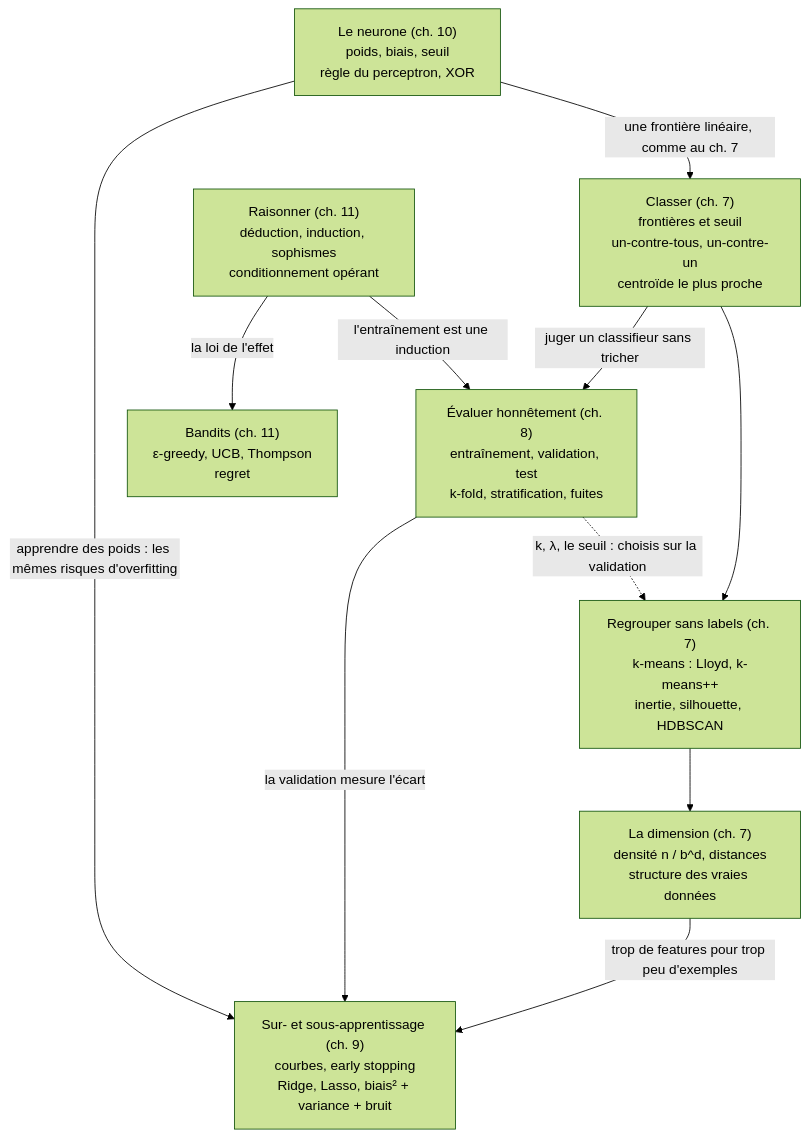
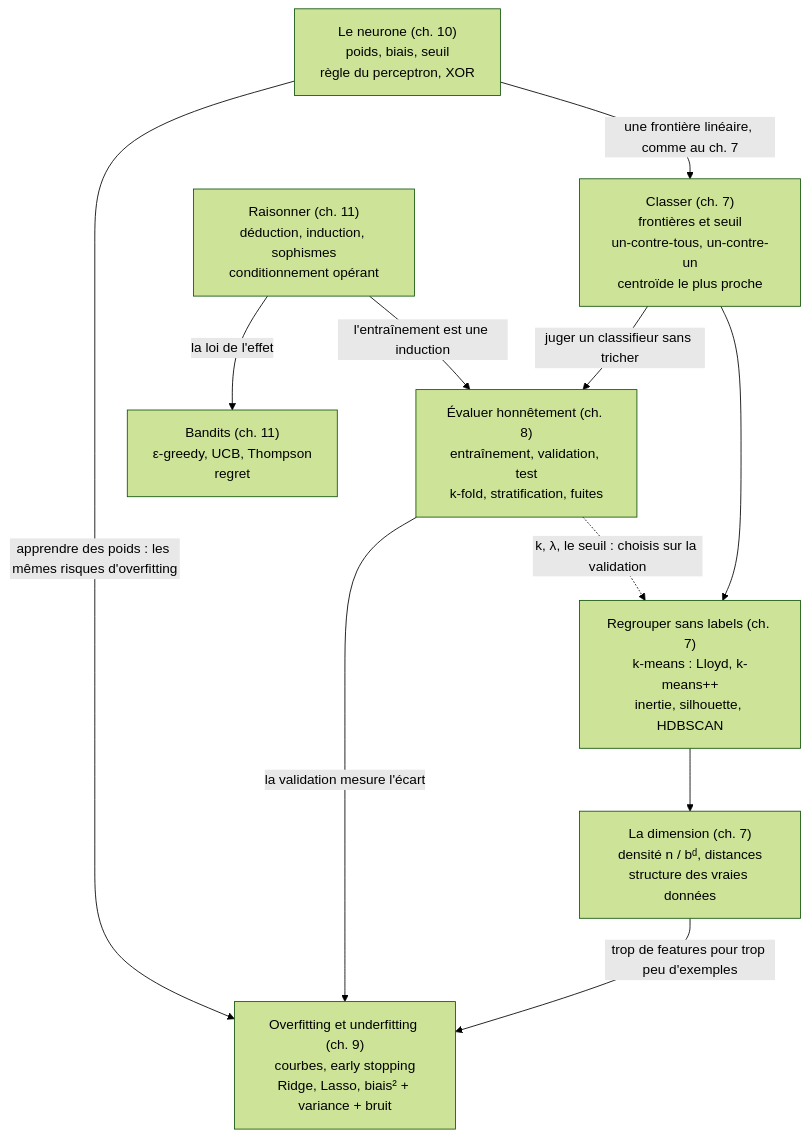
Before and after one commit to cemah2/workbookIA: the diagram in checkpoints/partie_2/05_synthese.md, drawn with Mermaid (forest theme). The commit also changed other lines of this file and 240 other files, not shown here.

````diff
--- a/checkpoints/partie_2/05_synthese.md
+++ b/checkpoints/partie_2/05_synthese.md
@@ -15,20 +15,20 @@
 ```mermaid
 flowchart TD
   C["Classer (ch. 7)<br/>frontières et seuil<br/>un-contre-tous, un-contre-un<br/>centroïde le plus proche"]
   R["Regrouper sans labels (ch. 7)<br/>k-means : Lloyd, k-means++<br/>inertie, silhouette, HDBSCAN"]
-  D["La dimension (ch. 7)<br/>densité n / b^d, distances<br/>structure des vraies données"]
+  D["La dimension (ch. 7)<br/>densité n / bᵈ, distances<br/>structure des vraies données"]
   P["Évaluer honnêtement (ch. 8)<br/>entraînement, validation, test<br/>k-fold, stratification, fuites"]
-  O["Sur- et sous-apprentissage (ch. 9)<br/>courbes, early stopping<br/>Ridge, Lasso, biais² + variance + bruit"]
+  O["Overfitting et underfitting (ch. 9)<br/>courbes, early stopping<br/>Ridge, Lasso, biais² + variance + bruit"]
   N["Le neurone (ch. 10)<br/>poids, biais, seuil<br/>règle du perceptron, XOR"]
   L["Raisonner (ch. 11)<br/>déduction, induction, sophismes<br/>conditionnement opérant"]
   B["Bandits (ch. 11)<br/>ε-greedy, UCB, Thompson<br/>regret"]
   C --> R --> D
   D -->|"trop de features pour trop peu d'exemples"| O
   C -->|"juger un classifieur sans tricher"| P
   P -->|"la validation mesure l'écart"| O
   N -->|"apprendre des poids : les mêmes risques d'overfitting"| O
   N -->|"une frontière linéaire, comme au ch. 7"| C
   L -->|"l'entraînement est une induction"| P
   L -->|"la loi de l'effet"| B
   P -.->|"k, λ, le seuil : choisis sur la validation"| R
 ```
````
